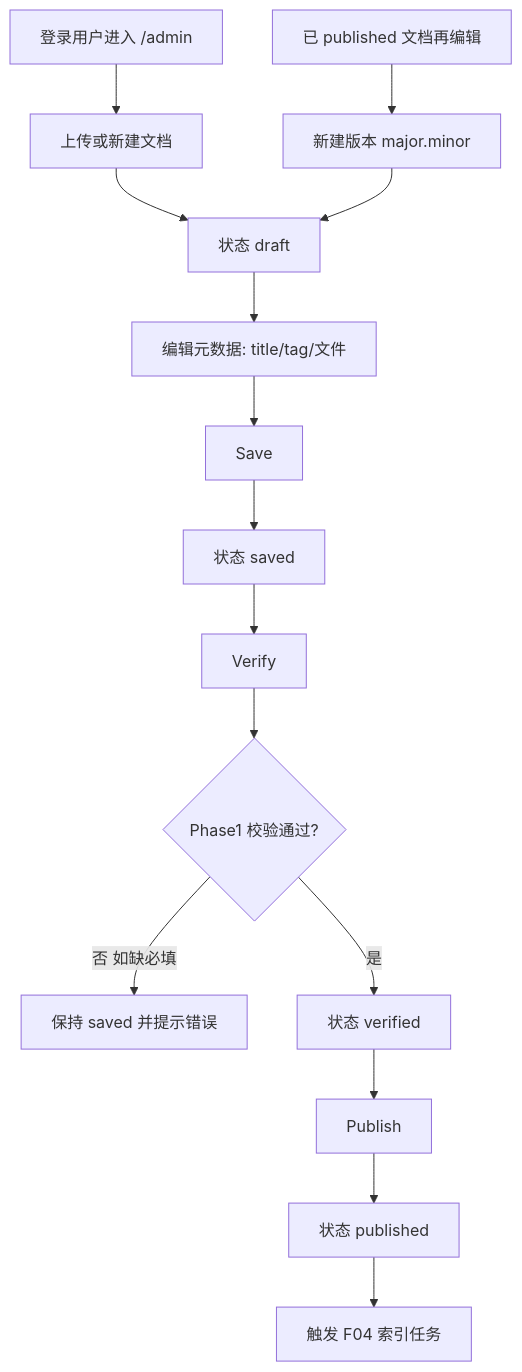
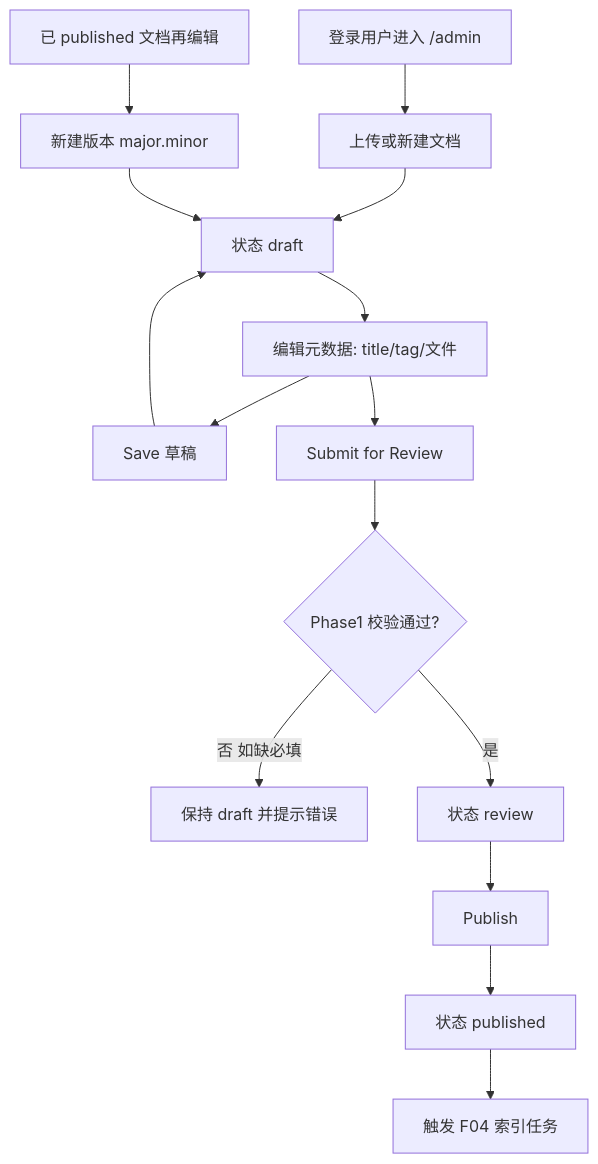
One commit to zmisi/rag-as-service changed the first of 2 diagrams in docs/specs/phase1/features/F03-doc-admin.md. Above: the diagram before and after it, drawn with Mermaid. The commit also changed other lines of this file and 37 other files, not shown here.

````diff
--- a/docs/specs/phase1/features/F03-doc-admin.md
+++ b/docs/specs/phase1/features/F03-doc-admin.md
@@ -31,18 +38,18 @@
 ```mermaid
 flowchart TD
   A[登录用户进入 /admin] --> B[上传或新建文档]
   B --> C[状态 draft]
   C --> D[编辑元数据: title/tag/文件]
-  D --> E[Save]
-  E --> F[状态 saved]
-  F --> G[Verify]
-  G --> H{Phase1 校验通过?}
-  H -->|否 如缺必填| E1[保持 saved 并提示错误]
-  H -->|是| I[状态 verified]
-  I --> J[Publish]
-  J --> K[状态 published]
-  K --> L[触发 F04 索引任务]
+  D --> E[Save 草稿]
+  E --> C
+  D --> F[Submit for Review]
+  F --> G{Phase1 校验通过?}
+  G -->|否 如缺必填| G1[保持 draft 并提示错误]
+  G -->|是| H[状态 review]
+  H --> I[Publish]
+  I --> J[状态 published]
+  J --> K[触发 F04 索引任务]
 
-  M[已 published 文档再编辑] --> N[新建版本 major.minor]
-  N --> C
+  L[已 published 文档再编辑] --> M[新建版本 major.minor]
+  M --> C
 ```
````
